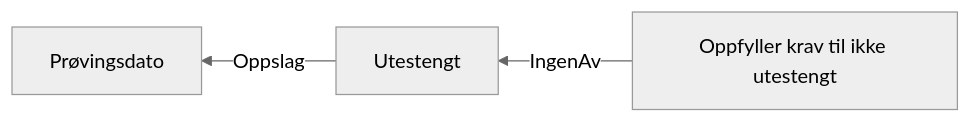
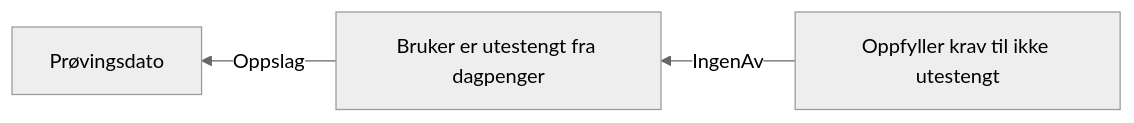
The diagram in docs/regler/§ 4-28 Utestengning.approved.md (navikt/dp-vedtak), drawn with Mermaid (neutral theme) before and after one commit. The commit also changed 4 other files, not shown here.

````diff
--- a/docs/regler/§ 4-28 Utestengning.approved.md
+++ b/docs/regler/§ 4-28 Utestengning.approved.md
@@ -5,5 +5,5 @@
 ```mermaid
 graph RL
-  A["Utestengt"] -->|"Oppslag"| B["Prøvingsdato"]
-  C["Oppfyller krav til ikke utestengt"] -->|"IngenAv"| A["Utestengt"]
+  A["Bruker er utestengt fra dagpenger"] -->|"Oppslag"| B["Prøvingsdato"]
+  C["Oppfyller krav til ikke utestengt"] -->|"IngenAv"| A["Bruker er utestengt fra dagpenger"]
 ```
````
